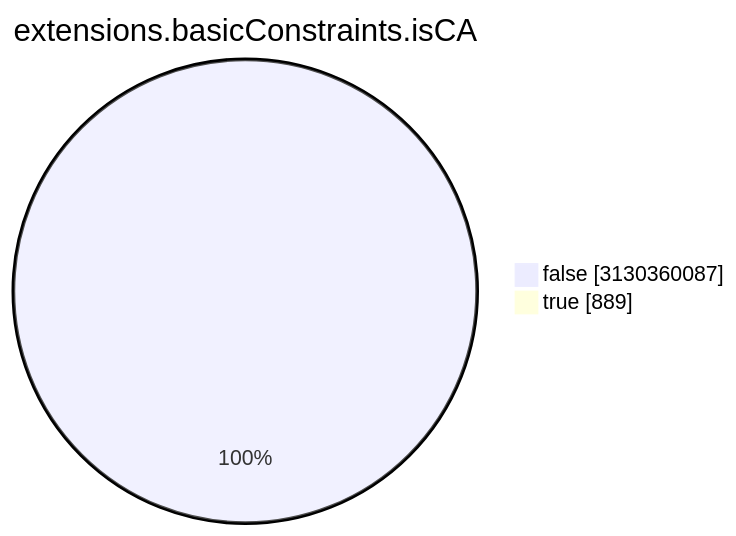
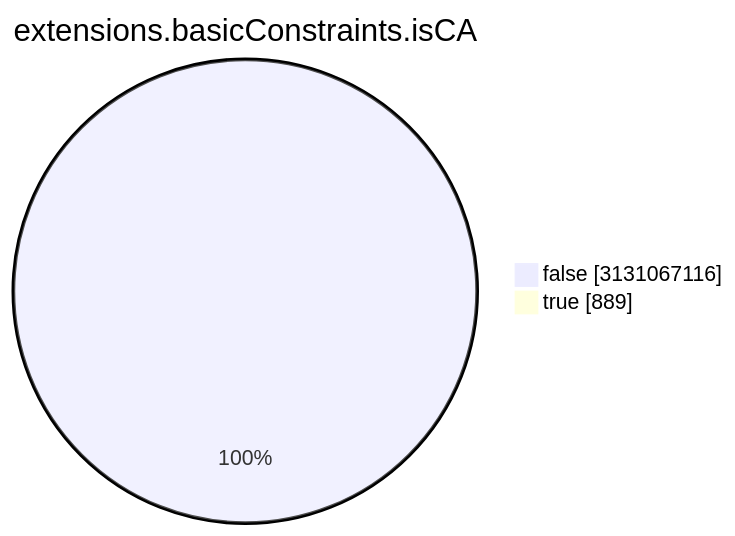
Before and after one commit to christiankrug/ctmonitor_visualization: the seventh of 15 diagrams in TOTAL/README.md, drawn with Mermaid. The commit also changed other lines of this file, not shown here.

````diff
--- a/TOTAL/README.md
+++ b/TOTAL/README.md
@@ -3088,6 +3088,6 @@
 ```mermaid
 pie showData
 title extensions.basicConstraints.isCA
-"false" :3130360087
+"false" :3131067116
 "true" :889
 ```
````
